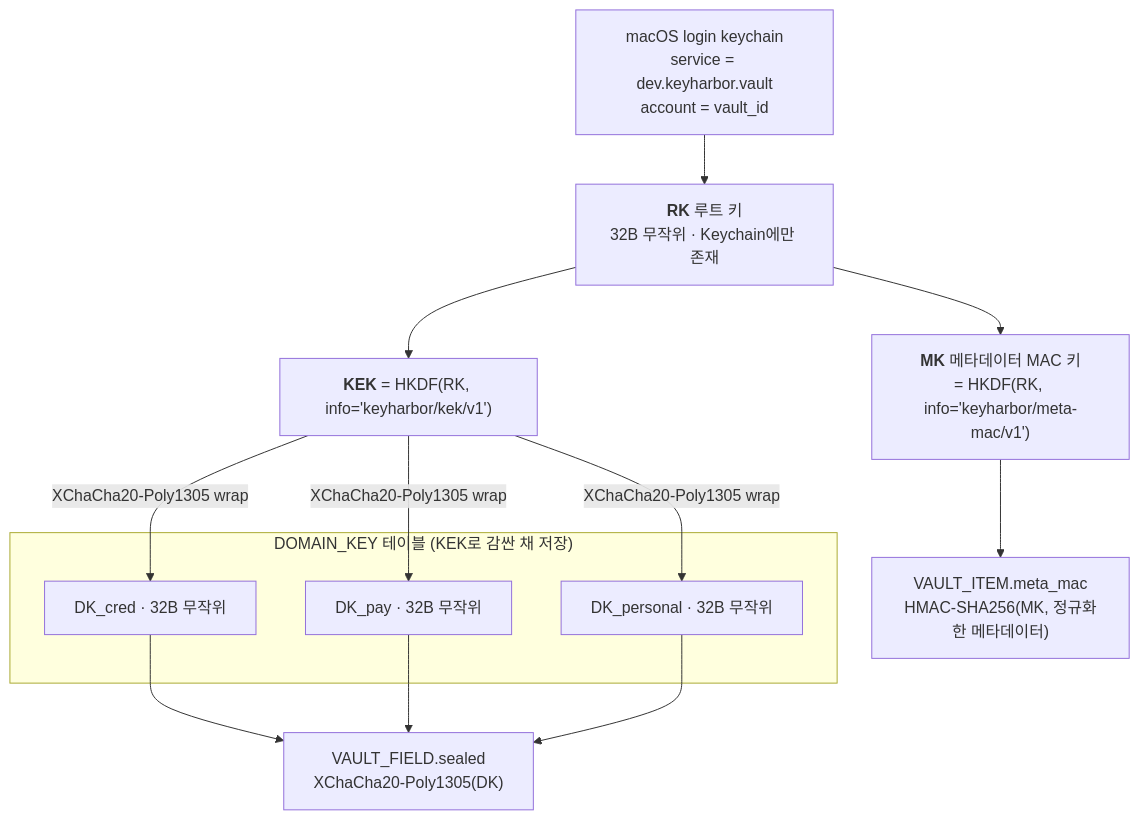
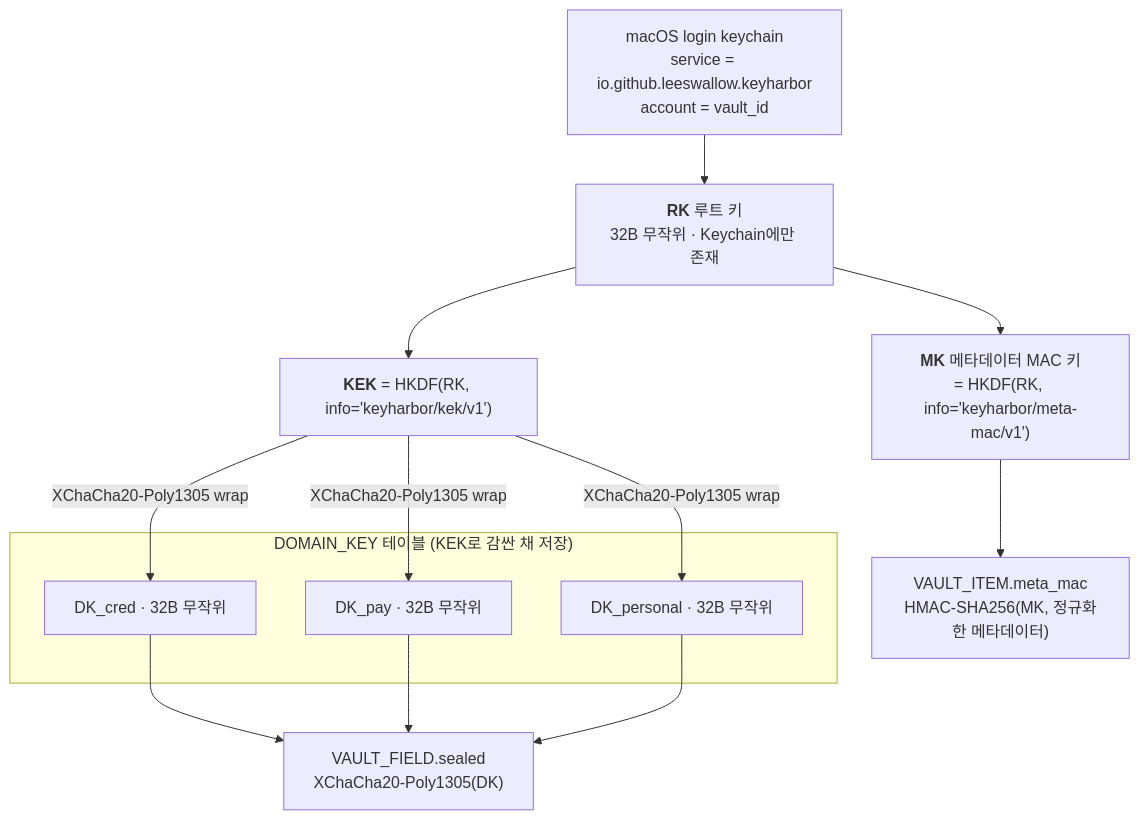
Before and after one commit to LeeSwallow/KeyHarbor: the second of 4 diagrams in docs/design/07-cryptography-design.md, drawn with Mermaid. The commit also changed 7 other files, not shown here.

Commit message:
feat(cli)!: store data in Application Support and name the keychain service io.github.leeswallow.keyharbor

````diff
--- a/docs/design/07-cryptography-design.md
+++ b/docs/design/07-cryptography-design.md
@@ -118,19 +118,19 @@
 ```mermaid
 flowchart TB
-  kc["macOS login keychain<br/>service = dev.keyharbor.vault<br/>account = vault_id"]
+  kc["macOS login keychain<br/>service = io.github.leeswallow.keyharbor<br/>account = vault_id"]
   rk["<b>RK</b> 루트 키<br/>32B 무작위 · Keychain에만 존재"]
   kek["<b>KEK</b> = HKDF(RK, info='keyharbor/kek/v1')"]
   mk["<b>MK</b> 메타데이터 MAC 키<br/>= HKDF(RK, info='keyharbor/meta-mac/v1')"]
   subgraph DKs["DOMAIN_KEY 테이블 (KEK로 감싼 채 저장)"]
     dc["DK_cred · 32B 무작위"]
     dp["DK_pay · 32B 무작위"]
     dr["DK_personal · 32B 무작위"]
   end
   fields["VAULT_FIELD.sealed<br/>XChaCha20-Poly1305(DK)"]
   meta["VAULT_ITEM.meta_mac<br/>HMAC-SHA256(MK, 정규화한 메타데이터)"]
   kc --> rk
   rk --> kek & mk
   kek -->|"XChaCha20-Poly1305 wrap"| dc & dp & dr
   dc & dp & dr --> fields
   mk --> meta
 ```
````
